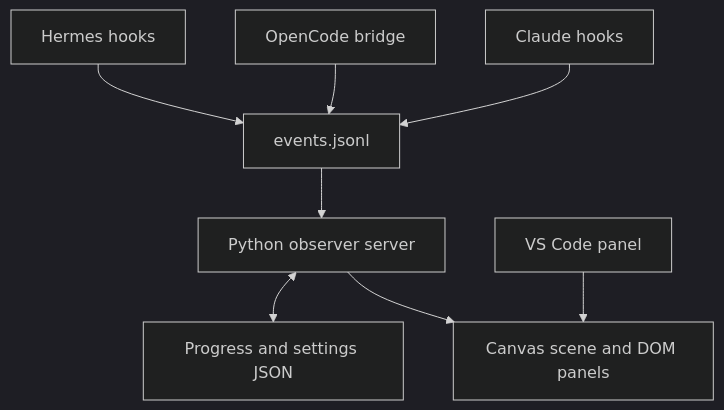
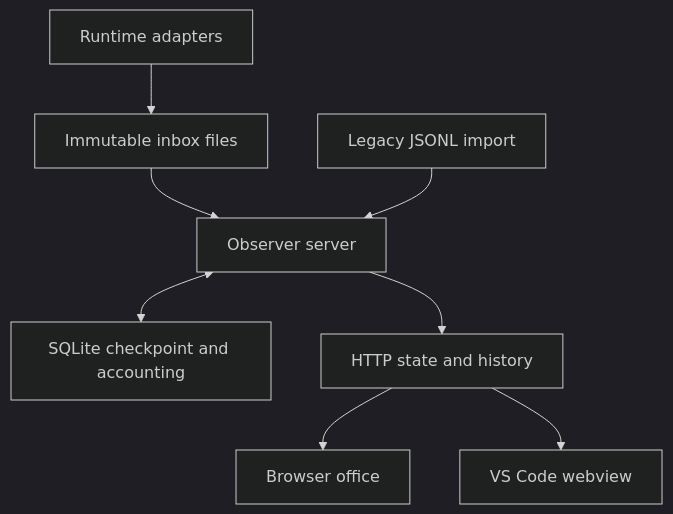
Before and after one commit to NosytLabs/agent-office: the diagram in docs/architecture.md, drawn with Mermaid (dark theme). The commit also changed other lines of this file and 81 other files, not shown here.

````diff
--- a/docs/architecture.md
+++ b/docs/architecture.md
@@ -5,10 +7,10 @@
 ```mermaid
 flowchart TD
-  H["Hermes hooks"] --> E["events.jsonl"]
-  O["OpenCode bridge"] --> E
-  C["Claude hooks"] --> E
-  E --> S["Python observer server"]
-  S <--> P["Progress and settings JSON"]
-  S --> W["Canvas scene and DOM panels"]
-  V["VS Code panel"] --> W
+  A["Runtime adapters"] --> I["Immutable inbox files"]
+  I --> S["Observer server"]
+  L["Legacy JSONL import"] --> S
+  S <--> D["SQLite checkpoint and accounting"]
+  S --> H["HTTP state and history"]
+  H --> B["Browser office"]
+  H --> V["VS Code webview"]
 ```
````
